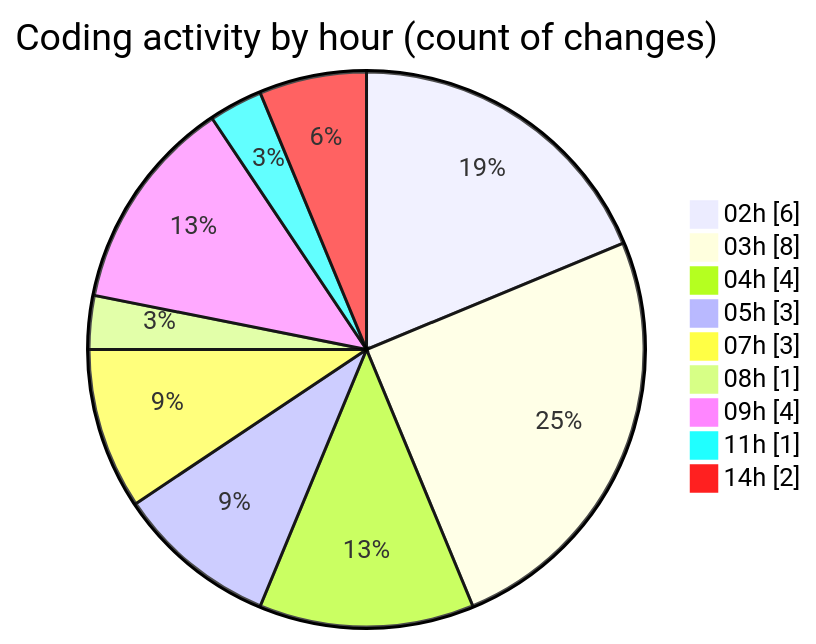
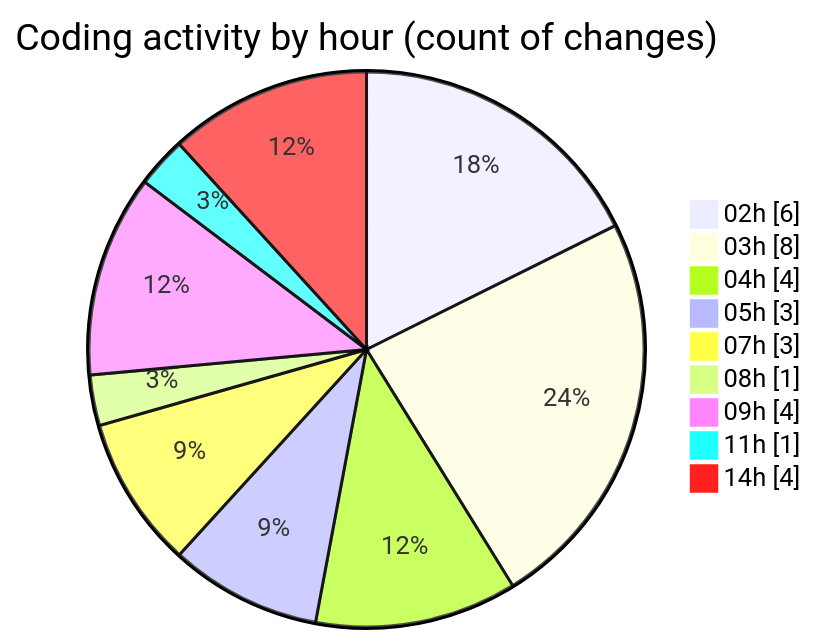
The second of 2 diagrams in 2025-07-03/cursor/README.md (FelipKnott/code-tracking), drawn with Mermaid before and after one commit. The commit also changed other lines of this file and 1 other file, not shown here.

````diff
--- a/2025-07-03/cursor/README.md
+++ b/2025-07-03/cursor/README.md
@@ -35,13 +35,13 @@
 ```mermaid
 pie showData
 title Coding activity by hour (count of changes)
 "02h" : 6
 "03h" : 8
 "04h" : 4
 "05h" : 3
 "07h" : 3
 "08h" : 1
 "09h" : 4
 "11h" : 1
-"14h" : 2
+"14h" : 4
 ```
````
